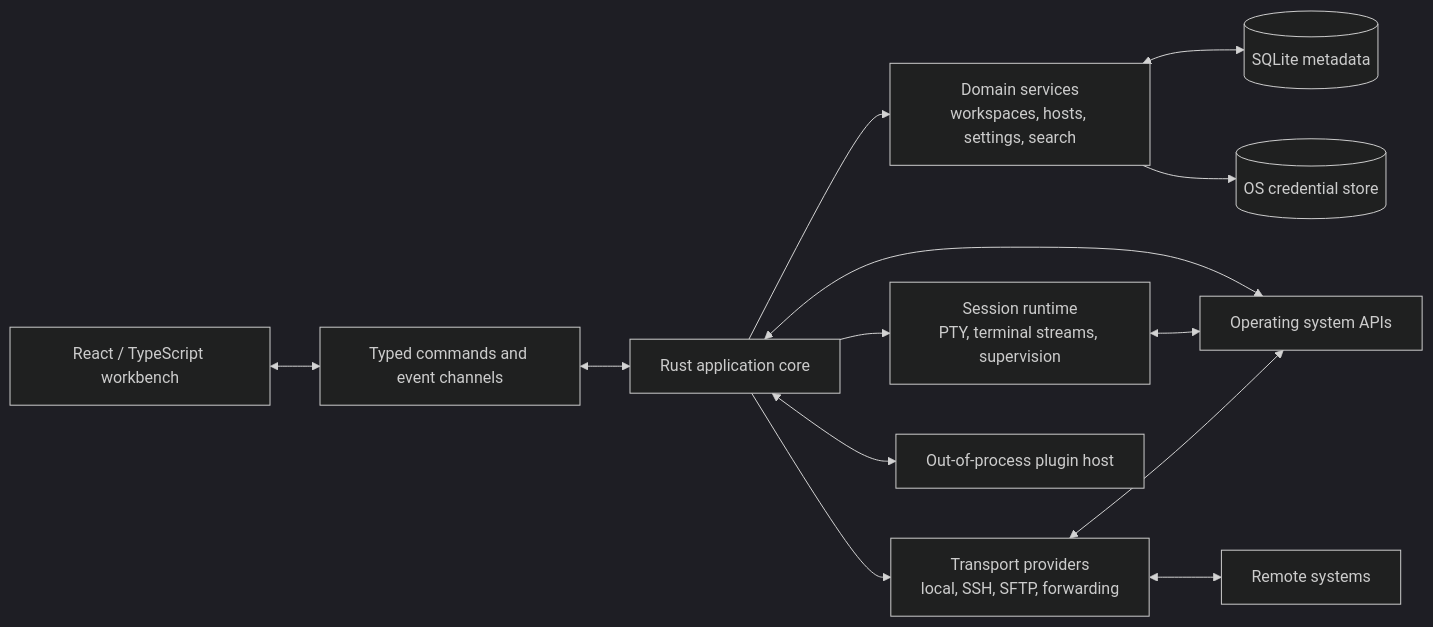
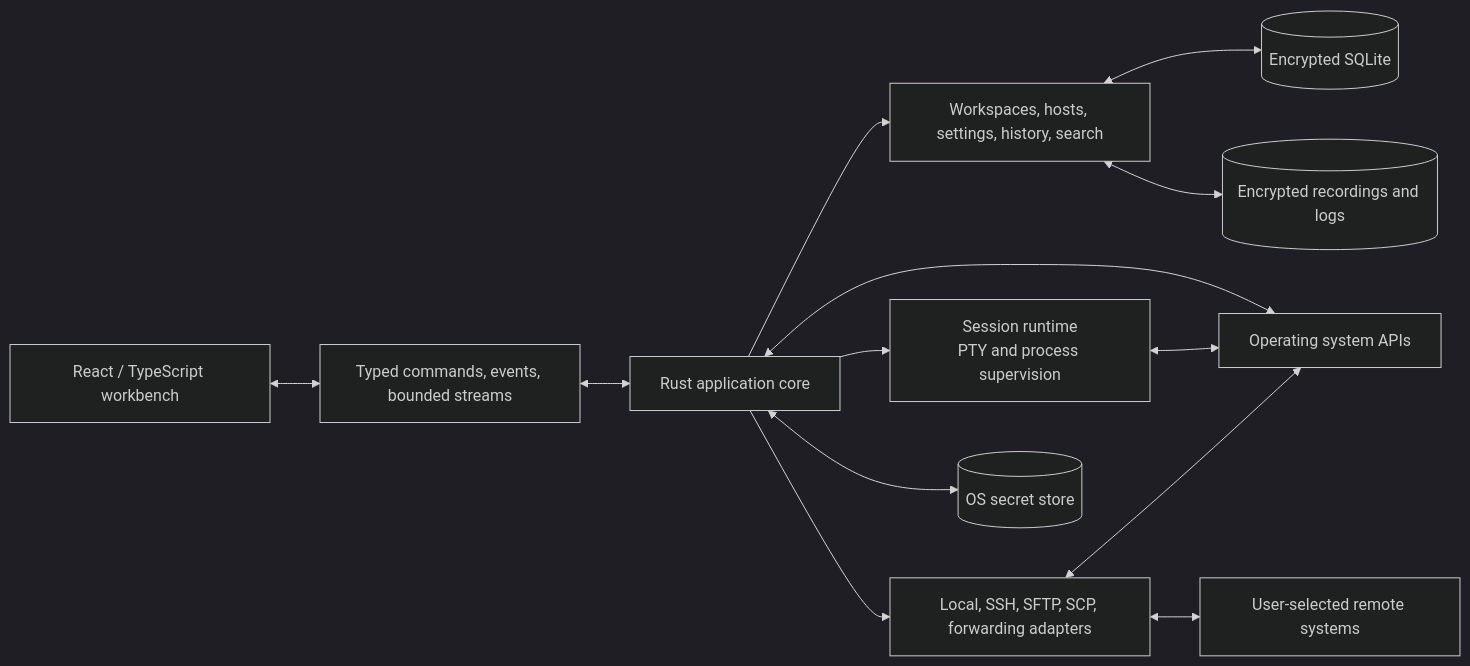
The diagram in docs/architecture/overview.md (abolfazlcodes/relio), drawn with Mermaid (dark theme) before and after one commit. The commit also changed other lines of this file and 51 other files, not shown here.

````diff
--- a/docs/architecture/overview.md
+++ b/docs/architecture/overview.md
@@ -15,27 +27,27 @@
 ```mermaid
 flowchart LR
     UI[React / TypeScript workbench]
-    IPC[Typed commands and event channels]
+    IPC[Typed commands, events, bounded streams]
     CORE[Rust application core]
-    DOMAIN[Domain services\nworkspaces, hosts, settings, search]
-    RUNTIME[Session runtime\nPTY, terminal streams, supervision]
-    TRANSPORT[Transport providers\nlocal, SSH, SFTP, forwarding]
-    STORE[(SQLite metadata)]
-    SECRETS[(OS credential store)]
-    PLUGINS[Out-of-process plugin host]
+    DOMAIN[Workspaces, hosts, settings, history, search]
+    RUNTIME[Session runtime\nPTY and process supervision]
+    TRANSPORT[Local, SSH, SFTP, SCP, forwarding adapters]
+    STORE[(Encrypted SQLite)]
+    BLOBS[(Encrypted recordings and logs)]
+    SECRETS[(OS secret store)]
     OS[Operating system APIs]
-    REMOTE[Remote systems]
+    REMOTE[User-selected remote systems]
 
     UI <--> IPC
     IPC <--> CORE
     CORE --> DOMAIN
     CORE --> RUNTIME
     CORE --> TRANSPORT
     DOMAIN <--> STORE
-    DOMAIN --> SECRETS
-    CORE <--> PLUGINS
+    DOMAIN <--> BLOBS
+    CORE <--> SECRETS
     CORE <--> OS
     RUNTIME <--> OS
     TRANSPORT <--> OS
     TRANSPORT <--> REMOTE
 ```
````
